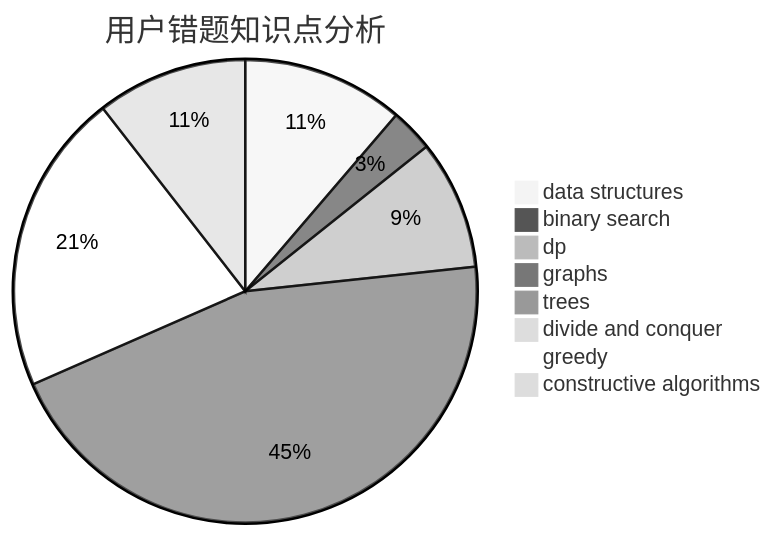
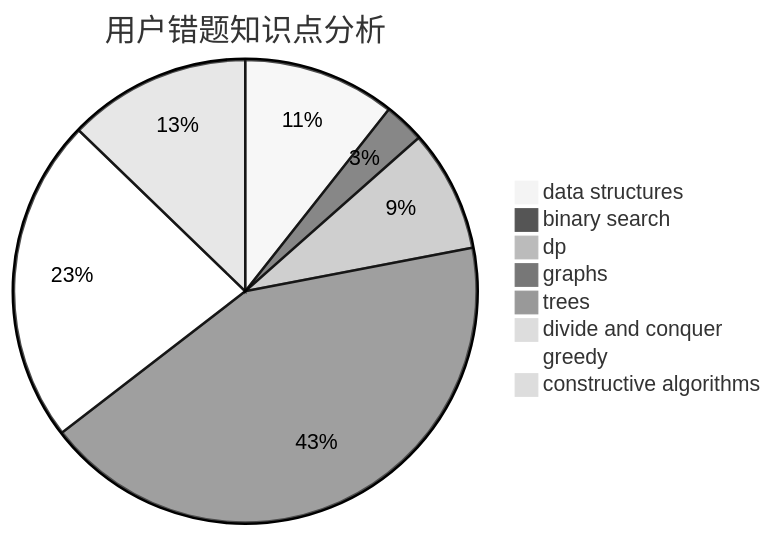
The third of 3 diagrams in docs/user/u2515.md (sherpahu/cfrs.github.io), drawn with Mermaid (neutral theme) before and after one commit. The commit also changed other lines of this file and 2770 other files, not shown here.

````diff
--- a/docs/user/u2515.md
+++ b/docs/user/u2515.md
@@ -36,11 +36,11 @@
 ```mermaid
 pie title 用户错题知识点分析
     "data structures" :  15
     "binary search" :  4
     "dp" :  12
     "graphs" :  60
     "trees" :  0
     "divide and conquer" :  0
-    "greedy" :  28
-    "constructive algorithms" :  14
+    "greedy" :  32
+    "constructive algorithms" :  18
 ```
````
